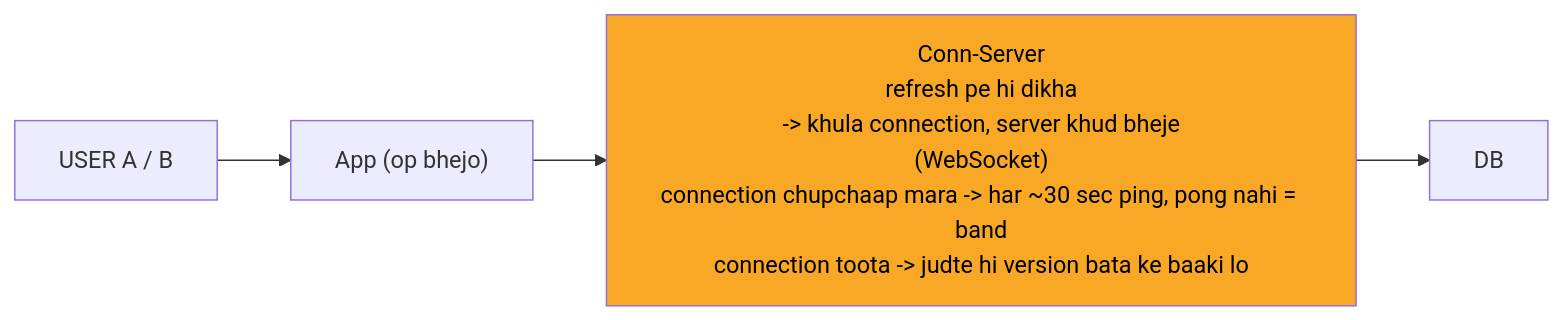
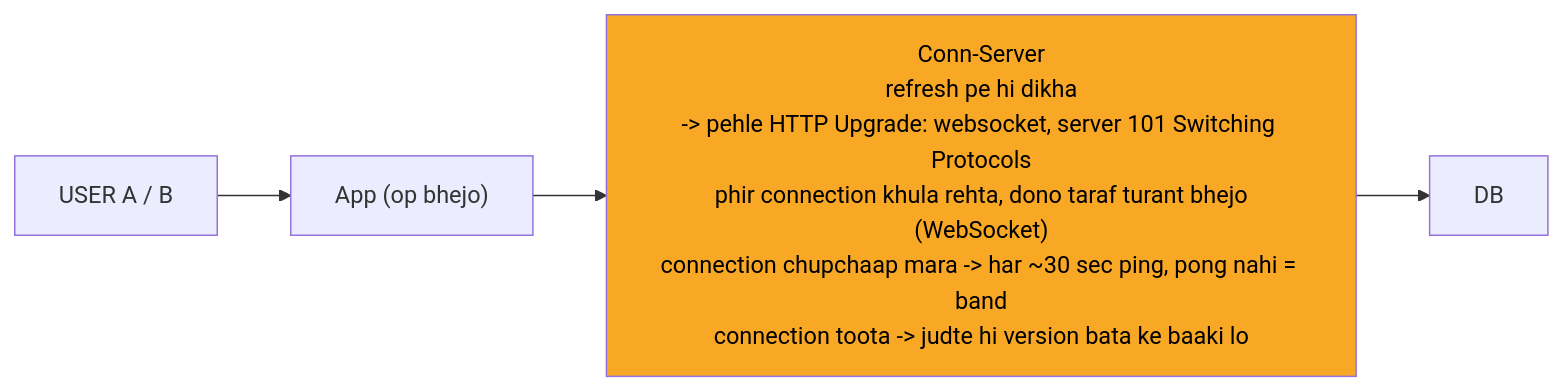
The third of 10 diagrams in 04_HLD/SYSTEM_DESIGNS/11_google_docs_collab/11_google_docs_collab.md (ArpanMaheshwari144/Prep), drawn with Mermaid before and after one commit. The commit also changed other lines of this file and 13 other files, not shown here.

````diff
--- a/04_HLD/SYSTEM_DESIGNS/11_google_docs_collab/11_google_docs_collab.md
+++ b/04_HLD/SYSTEM_DESIGNS/11_google_docs_collab/11_google_docs_collab.md
@@ -108,12 +112,12 @@
 ```mermaid
 %%{init: {"flowchart": {"wrappingWidth": 450}}}%%
 flowchart LR
     n_USER["USER A / B"]
     n_App["App (op bhejo)"]
-    n_CS["Conn-Server<br/>refresh pe hi dikha<br/>-> khula connection, server khud bheje<br/>(WebSocket)<br/>connection chupchaap mara -> har ~30 sec ping, pong nahi = band<br/>connection toota -> judte hi version bata ke baaki lo"]
+    n_CS["Conn-Server<br/>refresh pe hi dikha<br/>-> pehle HTTP Upgrade: websocket, server 101 Switching Protocols<br/>phir connection khula rehta, dono taraf turant bhejo<br/>(WebSocket)<br/>connection chupchaap mara -> har ~30 sec ping, pong nahi = band<br/>connection toota -> judte hi version bata ke baaki lo"]
     n_DB["DB"]
     n_USER --> n_App
     n_App --> n_CS
     n_CS --> n_DB
     style n_CS fill:#f9a825,color:#000
 ```
````
